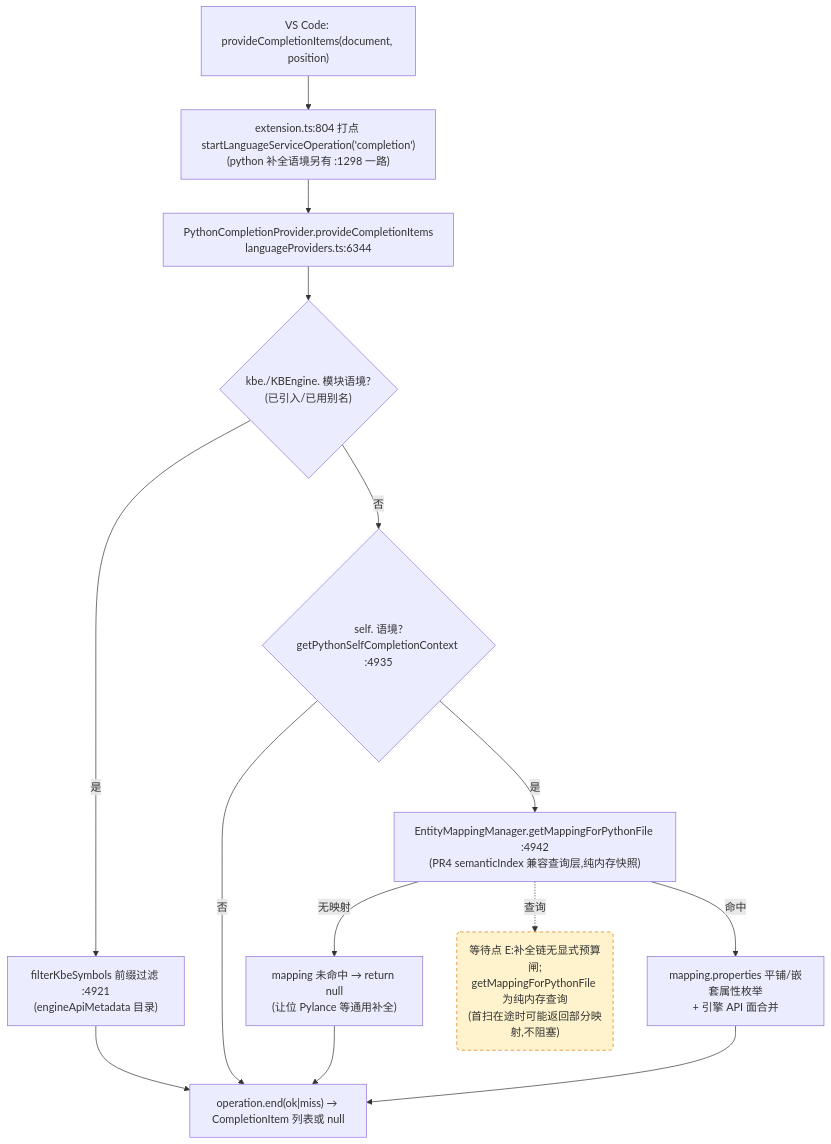
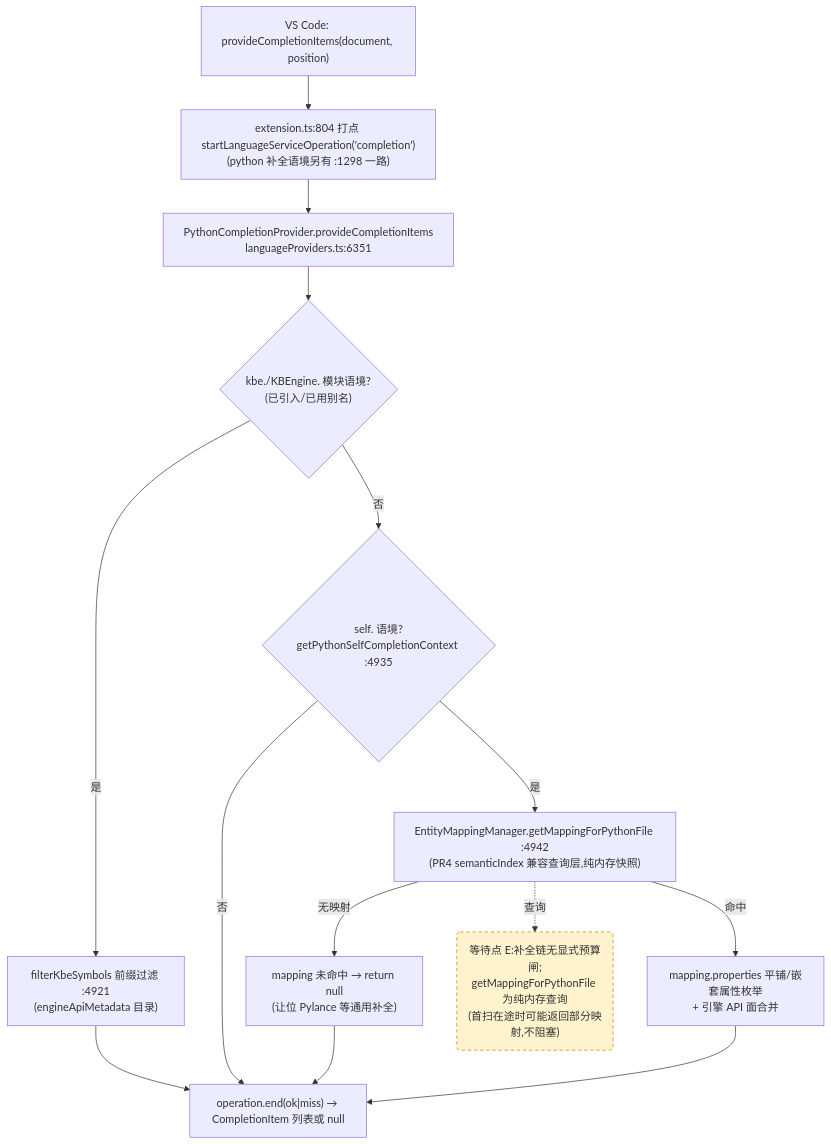
One commit to cuihairu/kode changed the third of 4 diagrams in docs/perf/2026-baseline.md. Above: the diagram before and after it, drawn with Mermaid. The commit also changed other lines of this file and 6 other files, not shown here.

````diff
--- a/docs/perf/2026-baseline.md
+++ b/docs/perf/2026-baseline.md
@@ -184,27 +184,27 @@
 ```mermaid
 flowchart TD
   VC3["VS Code: provideCompletionItems(document, position)"]
   M3["extension.ts:804 打点 startLanguageServiceOperation('completion')<br/>(python 补全语境另有 :1298 一路)"]
-  CP["PythonCompletionProvider.provideCompletionItems<br/>languageProviders.ts:6344"]
+  CP["PythonCompletionProvider.provideCompletionItems<br/>languageProviders.ts:6351"]
   KBEC{"kbe./KBEngine. 模块语境?<br/>(已引入/已用别名)"}
   FILTER["filterKbeSymbols 前缀过滤 :4921<br/>(engineApiMetadata 目录)"]
   SELFC{"self. 语境?<br/>getPythonSelfCompletionContext :4935"}
   MAP["EntityMappingManager.getMappingForPythonFile :4942<br/>(PR4 semanticIndex 兼容查询层,纯内存快照)"]
   NOMAP["mapping 未命中 → return null<br/>(让位 Pylance 等通用补全)"]
   PROPS["mapping.properties 平铺/嵌套属性枚举<br/>+ 引擎 API 面合并"]
   END3["operation.end(ok|miss) → CompletionItem 列表或 null"]
 
   VC3 --> M3 --> CP --> KBEC
   KBEC -- "是" --> FILTER --> END3
   KBEC -- "否" --> SELFC
   SELFC -- "否" --> END3
   SELFC -- "是" --> MAP
   MAP -- "无映射" --> NOMAP --> END3
   MAP -- "命中" --> PROPS --> END3
 
   WAITE("等待点 E:补全链无显式预算闸;<br/>getMappingForPythonFile 为纯内存查询<br/>(首扫在途时可能返回部分映射,不阻塞)")
   MAP -.->|查询| WAITE
 
   classDef waitPoint fill:#fff3cd,stroke:#d97706,stroke-dasharray:5 4;
   class WAITE waitPoint;
 ```
````
